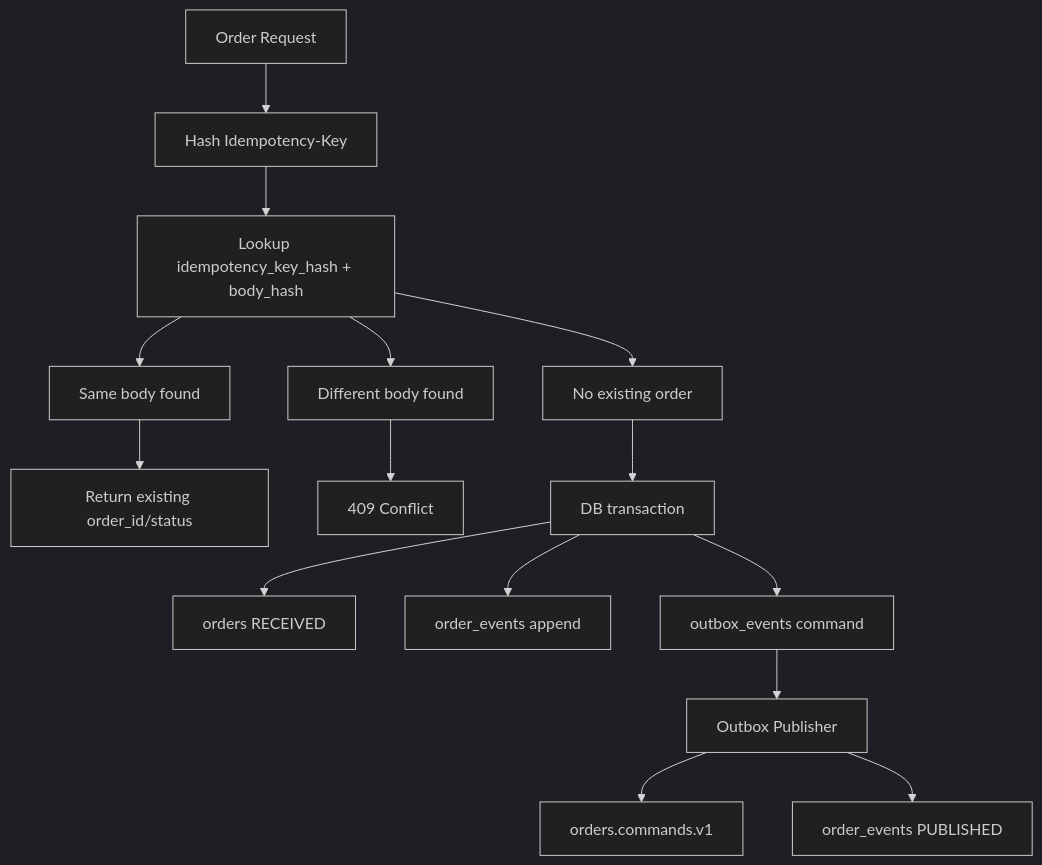
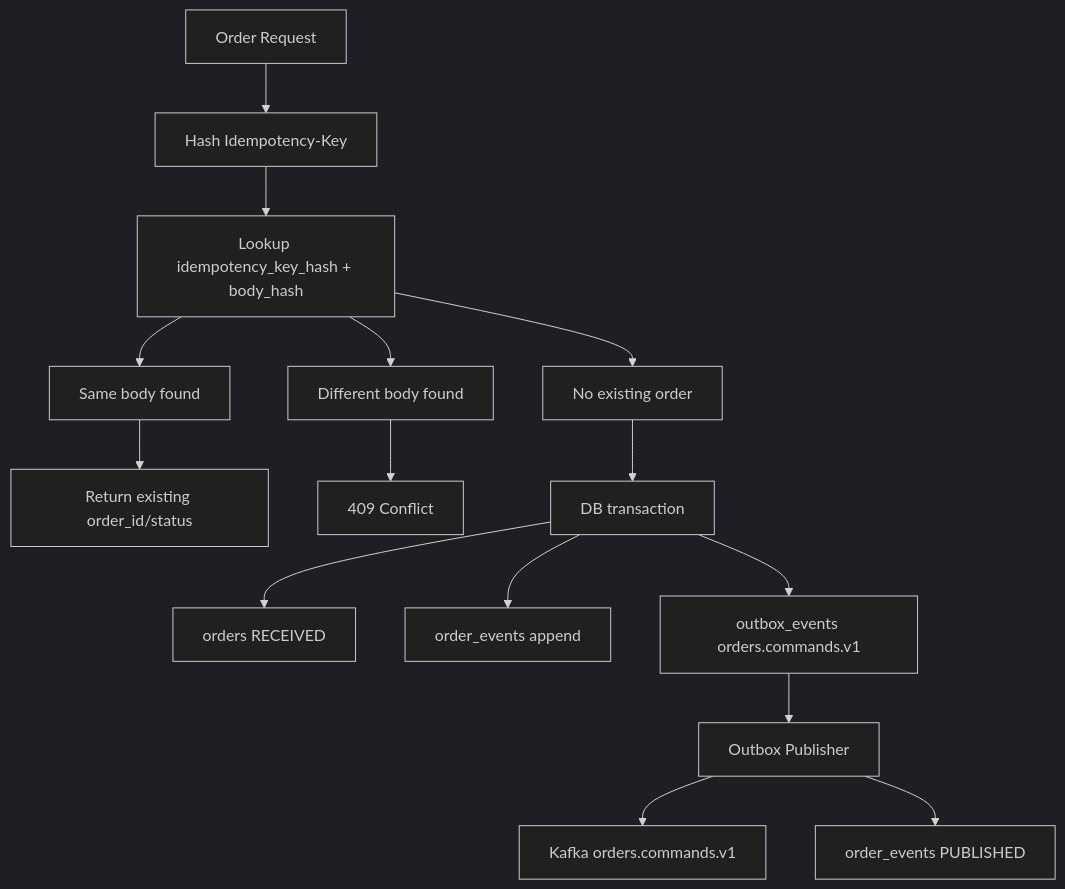
Before and after one commit to seunglee10/GOPS-BE: the fourth of 6 diagrams in docs/architecture.md, drawn with Mermaid (dark theme). The commit also changed other lines of this file and 30 other files, not shown here.

````diff
--- a/docs/architecture.md
+++ b/docs/architecture.md
@@ -140,17 +154,17 @@
 ```mermaid
 flowchart TD
   Request["Order Request"] --> Hash["Hash Idempotency-Key"]
   Hash --> Lookup["Lookup idempotency_key_hash + body_hash"]
   Lookup --> Same["Same body found"]
   Lookup --> Conflict["Different body found"]
   Lookup --> New["No existing order"]
   Same --> ReturnExisting["Return existing order_id/status"]
   Conflict --> Reject409["409 Conflict"]
   New --> Tx["DB transaction"]
   Tx --> Orders["orders RECEIVED"]
   Tx --> Events["order_events append"]
-  Tx --> Outbox["outbox_events command"]
+  Tx --> Outbox["outbox_events orders.commands.v1"]
   Outbox --> Publisher["Outbox Publisher"]
-  Publisher --> Kafka["orders.commands.v1"]
+  Publisher --> Kafka["Kafka orders.commands.v1"]
   Publisher --> Published["order_events PUBLISHED"]
 ```
````
